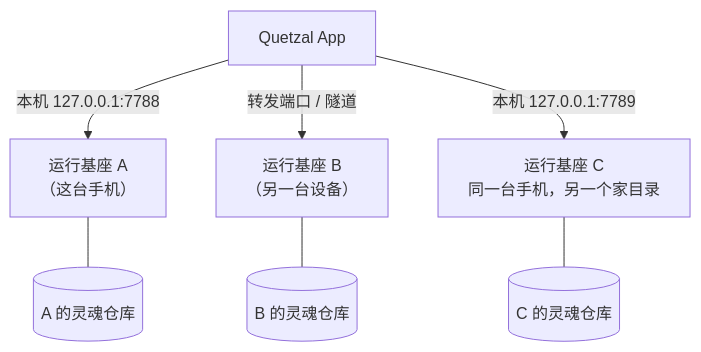
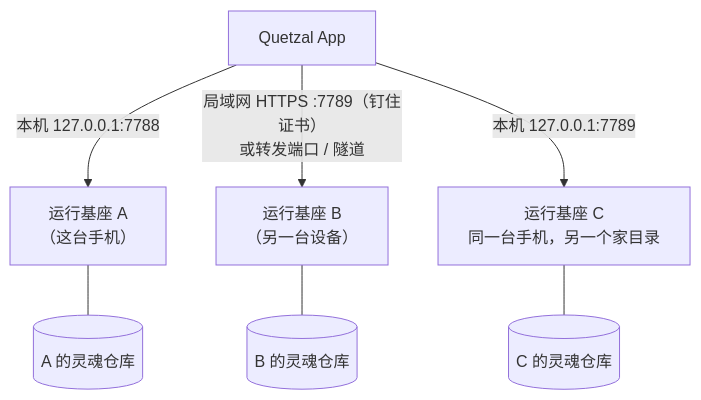
The diagram in website/content/docs/zh/guide/multi-agent.md (Causally-XYZ/Project.Quetzal), drawn with Mermaid before and after one commit. The commit also changed other lines of this file and 43 other files, not shown here.

Commit message:
局域网加密：运行基座在局域网上只提供 HTTPS / WSS（自签名证书，端口 7789），明文 HTTP 只留在本机回环；配对用 PBKDF2 证明代替明文配对码，绑定看到的证书指纹，中间人拿不到配对码也冒充不了证书；App 配对后钉住证书（含图片、上传与听觉服务）；quetzal status 显示加密地址与指纹；证书用 @peculiar/asn1 编码、node:crypto 签名

````diff
--- a/website/content/docs/zh/guide/multi-agent.md
+++ b/website/content/docs/zh/guide/multi-agent.md
@@ -10,10 +10,10 @@
 ```mermaid
 flowchart TB
   APP["Quetzal App"]
   APP -- "本机 127.0.0.1:7788" --> A["运行基座 A<br/>（这台手机）"]
-  APP -- "转发端口 / 隧道" --> B["运行基座 B<br/>（另一台设备）"]
+  APP -- "局域网 HTTPS :7789（钉住证书）<br/>或转发端口 / 隧道" --> B["运行基座 B<br/>（另一台设备）"]
   APP -- "本机 127.0.0.1:7789" --> C["运行基座 C<br/>同一台手机，另一个家目录"]
   A --- SA[("A 的灵魂仓库")]
   B --- SB[("B 的灵魂仓库")]
   C --- SC[("C 的灵魂仓库")]
 ```
````
